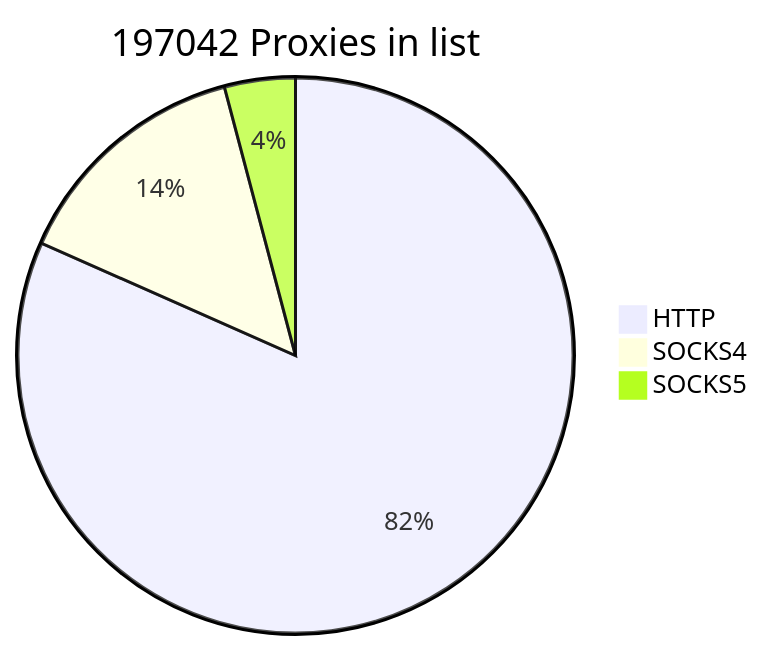
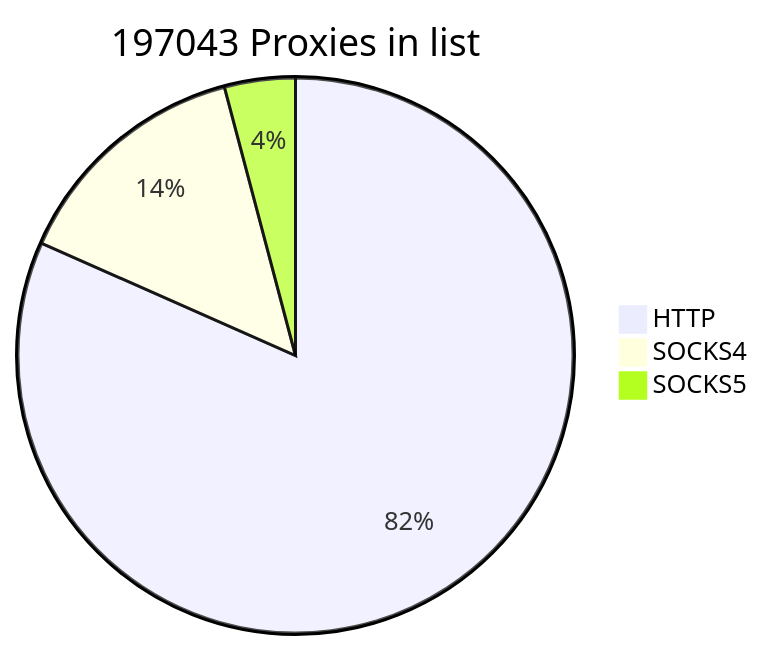
One commit to cutipu/proxylist changed the first of 2 diagrams in README.md. Above: the diagram before and after it, drawn with Mermaid. The commit also changed other lines of this file, not shown here.

````diff
--- a/README.md
+++ b/README.md
@@ -2,7 +2,7 @@
 ```mermaid
-pie title 197042 Proxies in list
+pie title 197043 Proxies in list
     "HTTP" : 160837
     "SOCKS4" : 28088
-    "SOCKS5" : 8117
+    "SOCKS5" : 8118
             
 ```
````
